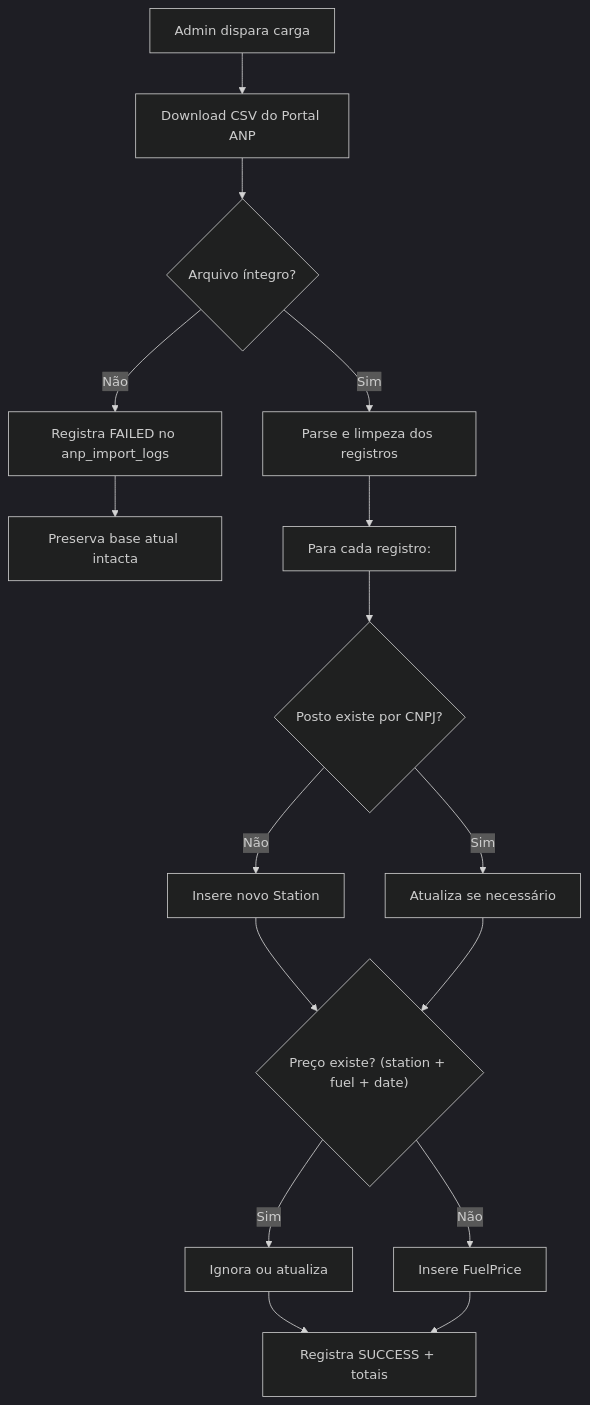
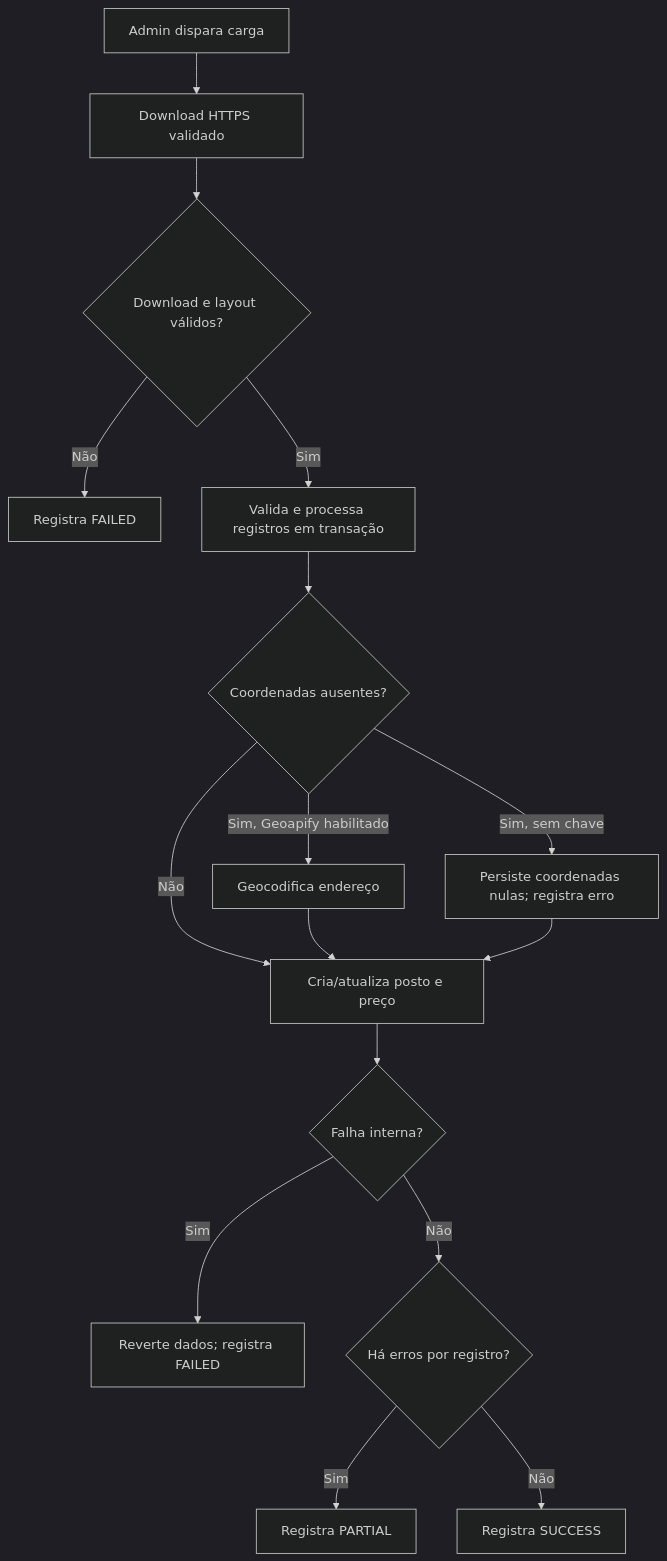
The third of 3 diagrams in Plano/plano-desenvolvimento-fuelfinder.md (fuguharawillian/FuelFinder-), drawn with Mermaid (dark theme) before and after one commit. The commit also changed other lines of this file and 201 other files, not shown here.

Commit message:
Atualiza planejamento do FuelFinder

````diff
--- a/Plano/plano-desenvolvimento-fuelfinder.md
+++ b/Plano/plano-desenvolvimento-fuelfinder.md
@@ -514,18 +540,18 @@
 ```mermaid
 flowchart TD
-    A["Admin dispara carga"] --> B["Download CSV do Portal ANP"]
-    B --> C{"Arquivo íntegro?"}
-    C -- Não --> D["Registra FAILED no anp_import_logs"]
-    D --> E["Preserva base atual intacta"]
-    C -- Sim --> F["Parse e limpeza dos registros"]
-    F --> G["Para cada registro:"]
-    G --> H{"Posto existe por CNPJ?"}
-    H -- Não --> I["Insere novo Station"]
-    H -- Sim --> J["Atualiza se necessário"]
-    I --> K{"Preço existe? (station + fuel + date)"}
-    J --> K
-    K -- Sim --> L["Ignora ou atualiza"]
-    K -- Não --> M["Insere FuelPrice"]
-    L --> N["Registra SUCCESS + totais"]
-    M --> N
+    A["Admin dispara carga"] --> B["Download HTTPS validado"]
+    B --> C{"Download e layout válidos?"}
+    C -- Não --> D["Registra FAILED"]
+    C -- Sim --> E["Valida e processa registros em transação"]
+    E --> F{"Coordenadas ausentes?"}
+    F -- Não --> G["Cria/atualiza posto e preço"]
+    F -- Sim, Geoapify habilitado --> H["Geocodifica endereço"]
+    F -- Sim, sem chave --> I["Persiste coordenadas nulas; registra erro"]
+    H --> G
+    I --> G
+    G --> J{"Falha interna?"}
+    J -- Sim --> K["Reverte dados; registra FAILED"]
+    J -- Não --> L{"Há erros por registro?"}
+    L -- Sim --> M["Registra PARTIAL"]
+    L -- Não --> N["Registra SUCCESS"]
 ```
````
